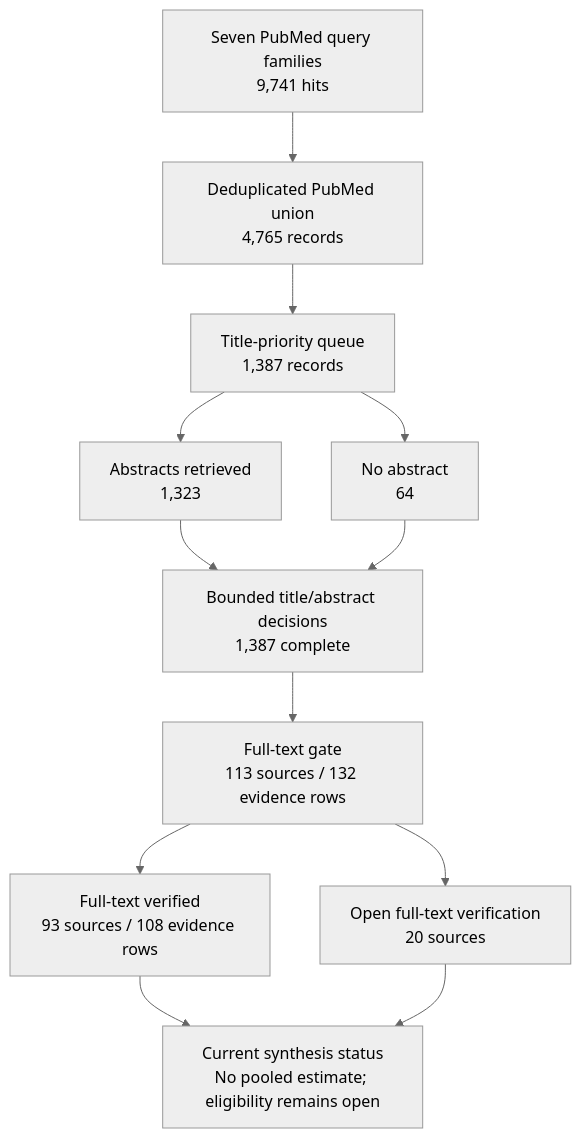
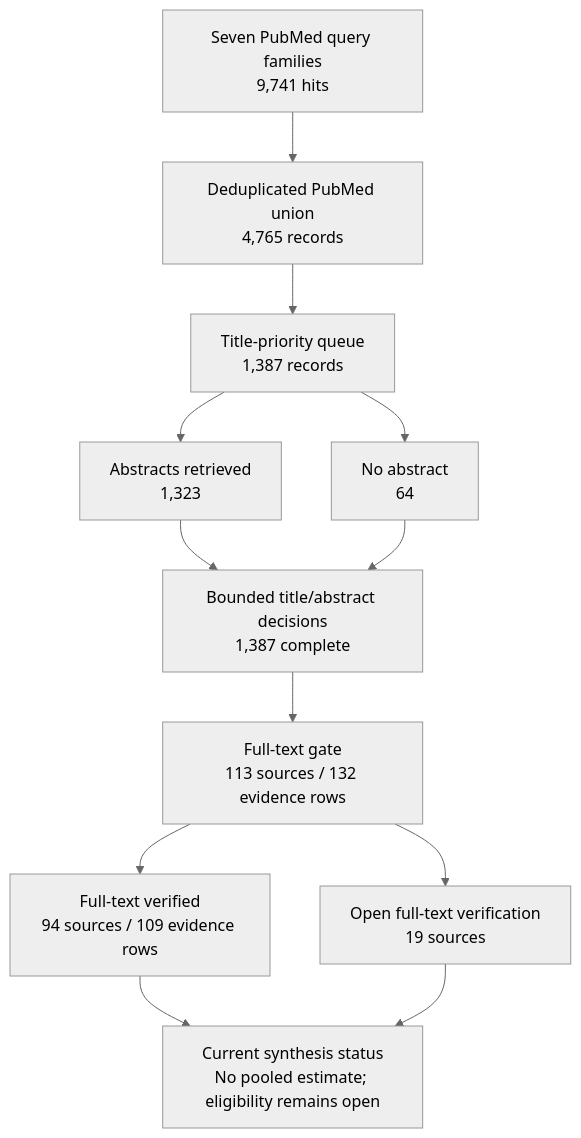
The diagram in manuscript/figures/figure-3-review-flow.mmd (dcmcshan/artemisia), drawn with Mermaid (neutral theme) before and after one commit. The commit also changed 16 other files, not shown here.

```diff
--- a/manuscript/figures/figure-3-review-flow.mmd
+++ b/manuscript/figures/figure-3-review-flow.mmd
@@ -1,12 +1,12 @@
 flowchart TD
   A["Seven PubMed query families<br/>9,741 hits"] --> B["Deduplicated PubMed union<br/>4,765 records"]
   B --> C["Title-priority queue<br/>1,387 records"]
   C --> D["Abstracts retrieved<br/>1,323"]
   C --> E["No abstract<br/>64"]
   D --> F["Bounded title/abstract decisions<br/>1,387 complete"]
   E --> F
   F --> G["Full-text gate<br/>113 sources / 132 evidence rows"]
-  G --> H["Full-text verified<br/>93 sources / 108 evidence rows"]
-  G --> I["Open full-text verification<br/>20 sources"]
+  G --> H["Full-text verified<br/>94 sources / 109 evidence rows"]
+  G --> I["Open full-text verification<br/>19 sources"]
   H --> J["Current synthesis status<br/>No pooled estimate; eligibility remains open"]
   I --> J
```
